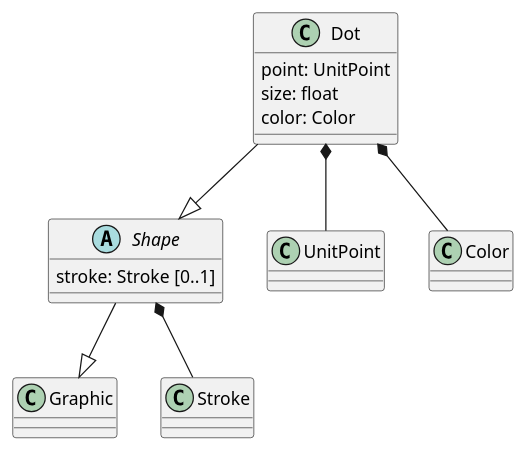
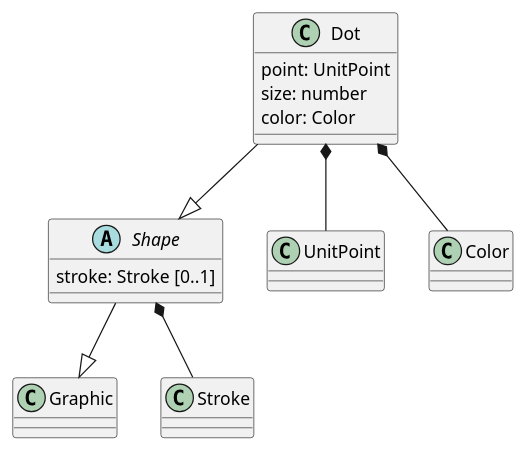
One commit to opengeospatial/cartographic-symbology changed the eighth of 10 diagrams in 1-core/sections/clause_8_vector.adoc. Above: the diagram before and after it, drawn with PlantUML. The commit also changed other lines of this file and 16 other files, not shown here.

```diff
--- a/1-core/sections/clause_8_vector.adoc
+++ b/1-core/sections/clause_8_vector.adoc
@@ -292,16 +292,16 @@
 [plantuml, target=diagram-classes, format=png]
 ....
 @startuml
 Dot --|> Shape
 Dot : point: UnitPoint
-Dot : size: float
+Dot : size: number
 Dot : color: Color
 Dot *-- UnitPoint
 Dot *-- Color
 
 abstract class Shape
 Shape --|> Graphic
 Shape : stroke: Stroke [0..1]
 Shape *-- Stroke
 @enduml
 ....
```
